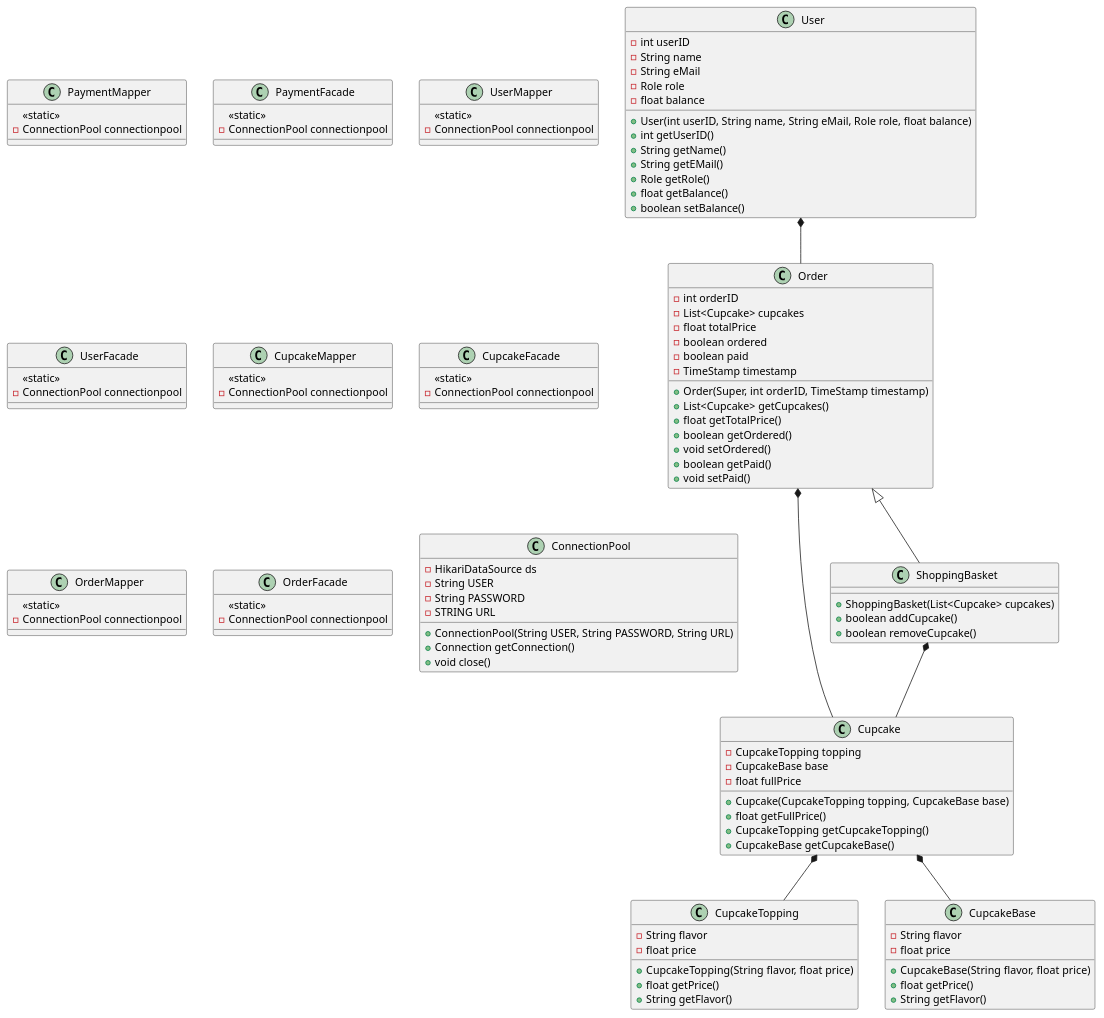
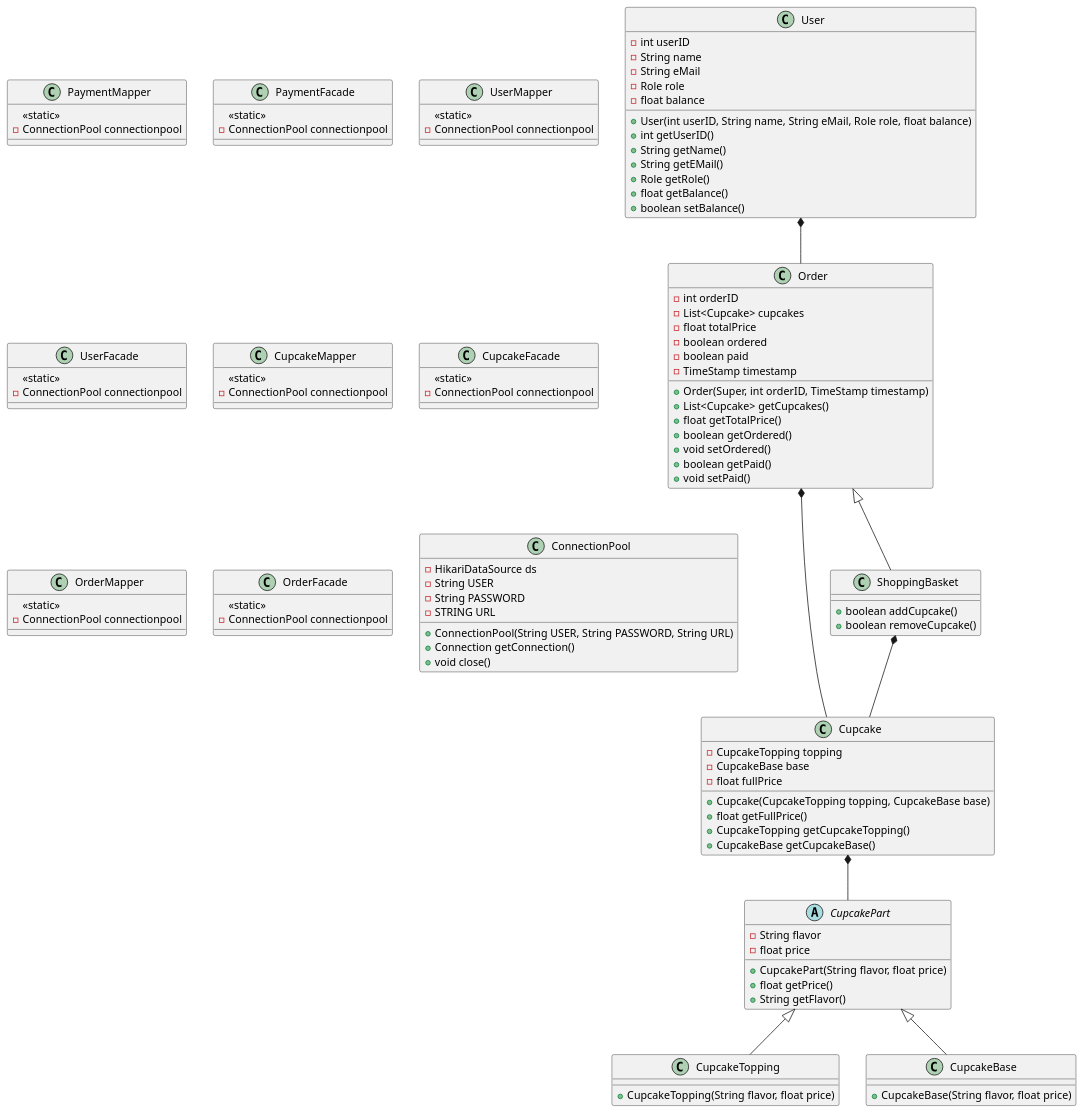
One commit to MrJustMeDahl/cupcake changed the diagram in documentation/UML/cupcakeClass.puml. Above: the diagram before and after it, drawn with PlantUML. The commit also changed 6 other files, not shown here.

Commit message:
Implemented Entity classes Cupcake, CupcakePart, CupcakeBase, CupcakeTopping, Order and ShoppingBasket. Updated UML where necessary.

```diff
--- a/documentation/UML/cupcakeClass.puml
+++ b/documentation/UML/cupcakeClass.puml
@@ -1,124 +1,124 @@
 @startuml
 'https://plantuml.com/class-diagram
 
 class Cupcake{
 - CupcakeTopping topping
 - CupcakeBase base
 - float fullPrice
 + Cupcake(CupcakeTopping topping, CupcakeBase base)
 + float getFullPrice()
 + CupcakeTopping getCupcakeTopping()
 + CupcakeBase getCupcakeBase()
 }
 
-class CupcakeTopping{
+abstract class CupcakePart{
 - String flavor
 - float price
-+ CupcakeTopping(String flavor, float price)
++ CupcakePart(String flavor, float price)
 + float getPrice()
 + String getFlavor()
 }
 
+class CupcakeTopping{
++ CupcakeTopping(String flavor, float price)
+}
+
 class CupcakeBase{
-- String flavor
-- float price
 + CupcakeBase(String flavor, float price)
-+ float getPrice()
-+ String getFlavor()
 }
 
 class User{
 - int userID
 - String name
 - String eMail
 - Role role
 - float balance
 + User(int userID, String name, String eMail, Role role, float balance)
 + int getUserID()
 + String getName()
 + String getEMail()
 + Role getRole()
 + float getBalance()
 + boolean setBalance()
 }
 
 class ShoppingBasket{
-+ ShoppingBasket(List<Cupcake> cupcakes)
 + boolean addCupcake()
 + boolean removeCupcake()
 }
 
 class Order{
 - int orderID
 - List<Cupcake> cupcakes
 - float totalPrice
 - boolean ordered
 - boolean paid
 - TimeStamp timestamp
 + Order(Super, int orderID, TimeStamp timestamp)
 + List<Cupcake> getCupcakes()
 + float getTotalPrice()
 + boolean getOrdered()
 + void setOrdered()
 + boolean getPaid()
 + void setPaid()
 }
 
 static class PaymentMapper{
 <<static>>
 - ConnectionPool connectionpool
 }
 
 static class PaymentFacade{
 <<static>>
 - ConnectionPool connectionpool
 }
 
 class UserMapper{
 <<static>>
 - ConnectionPool connectionpool
 }
 
 class UserFacade{
 <<static>>
 - ConnectionPool connectionpool
 }
 
 class CupcakeMapper{
 <<static>>
 - ConnectionPool connectionpool
 }
 
 class CupcakeFacade{
 <<static>>
 - ConnectionPool connectionpool
 }
 
 class OrderMapper{
 <<static>>
 - ConnectionPool connectionpool
 }
 
 class OrderFacade{
 <<static>>
 - ConnectionPool connectionpool
 }
 
 class ConnectionPool{
 - HikariDataSource ds
 - String USER
 - String PASSWORD
 - STRING URL
 + ConnectionPool(String USER, String PASSWORD, String URL)
 + Connection getConnection()
 + void close()
 }
 
 User *-- Order
 Order <|-- ShoppingBasket
 Order *-- Cupcake
 ShoppingBasket *-- Cupcake
-Cupcake *-- CupcakeTopping
-Cupcake *-- CupcakeBase
+Cupcake *-- CupcakePart
+CupcakePart <|-- CupcakeTopping
+CupcakePart <|-- CupcakeBase
 
 @enduml
```
